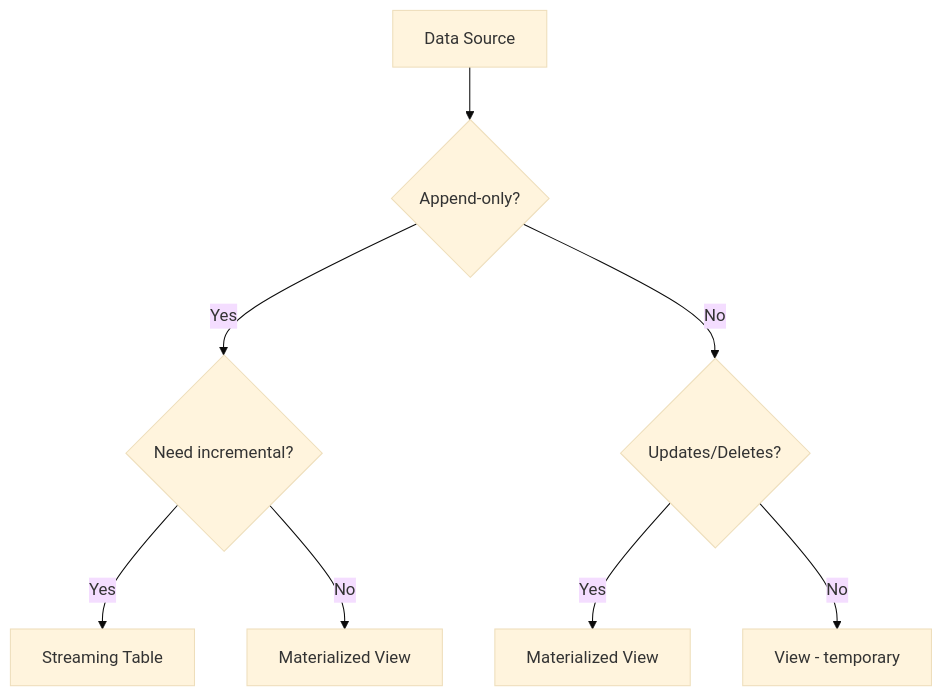
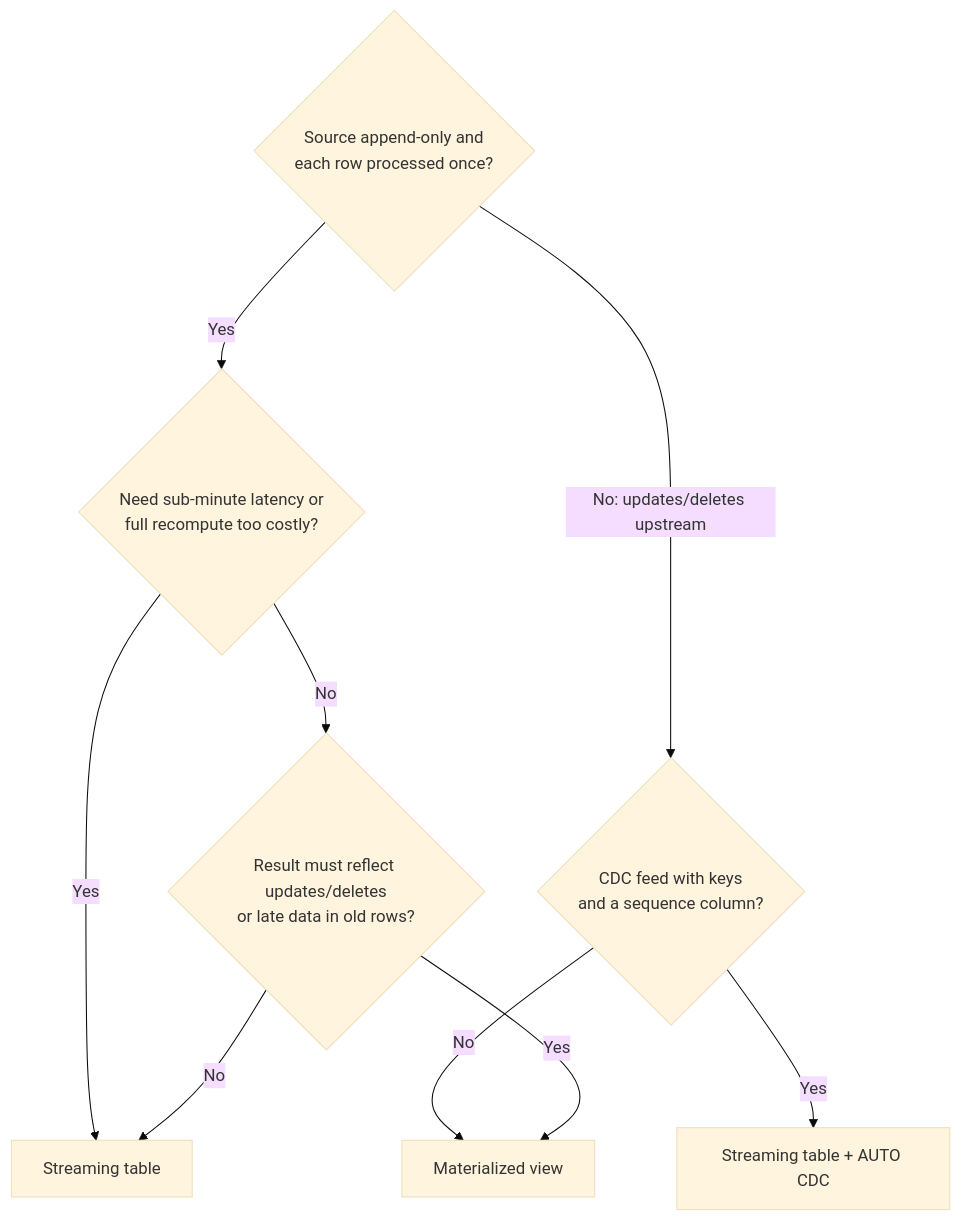
One commit to kengio/databricks-certification-study-guide changed the second of 2 diagrams in certifications/data-engineer-professional/01-developing-code-for-data-processing/06-declarative-pipelines.md. Above: the diagram before and after it, drawn with Mermaid (base theme). The commit also changed other lines of this file and 209 other files, not shown here.

````diff
--- a/certifications/data-engineer-professional/01-developing-code-for-data-processing/06-declarative-pipelines.md
+++ b/certifications/data-engineer-professional/01-developing-code-for-data-processing/06-declarative-pipelines.md
@@ -57,10 +108,11 @@
 ```mermaid
 flowchart TD
-    Start[Data Source] --> Q1{Append-only?}
-    Q1 -->|Yes| Q2{Need incremental?}
-    Q2 -->|Yes| ST[Streaming Table]
-    Q2 -->|No| MV1[Materialized View]
-    Q1 -->|No| Q3{Updates/Deletes?}
-    Q3 -->|Yes| MV2[Materialized View]
-    Q3 -->|No| V[View - temporary]
+    Q1{Source append-only and<br>each row processed once?} -->|Yes| Q2{Need sub-minute latency or<br>full recompute too costly?}
+    Q2 -->|Yes| ST[Streaming table]
+    Q2 -->|No| Q3{Result must reflect updates/deletes<br>or late data in old rows?}
+    Q1 -->|No: updates/deletes upstream| Q4{CDC feed with keys<br>and a sequence column?}
+    Q4 -->|Yes| CDC[Streaming table + AUTO CDC]
+    Q4 -->|No| MV[Materialized view]
+    Q3 -->|Yes| MV
+    Q3 -->|No| ST
 ```
````
